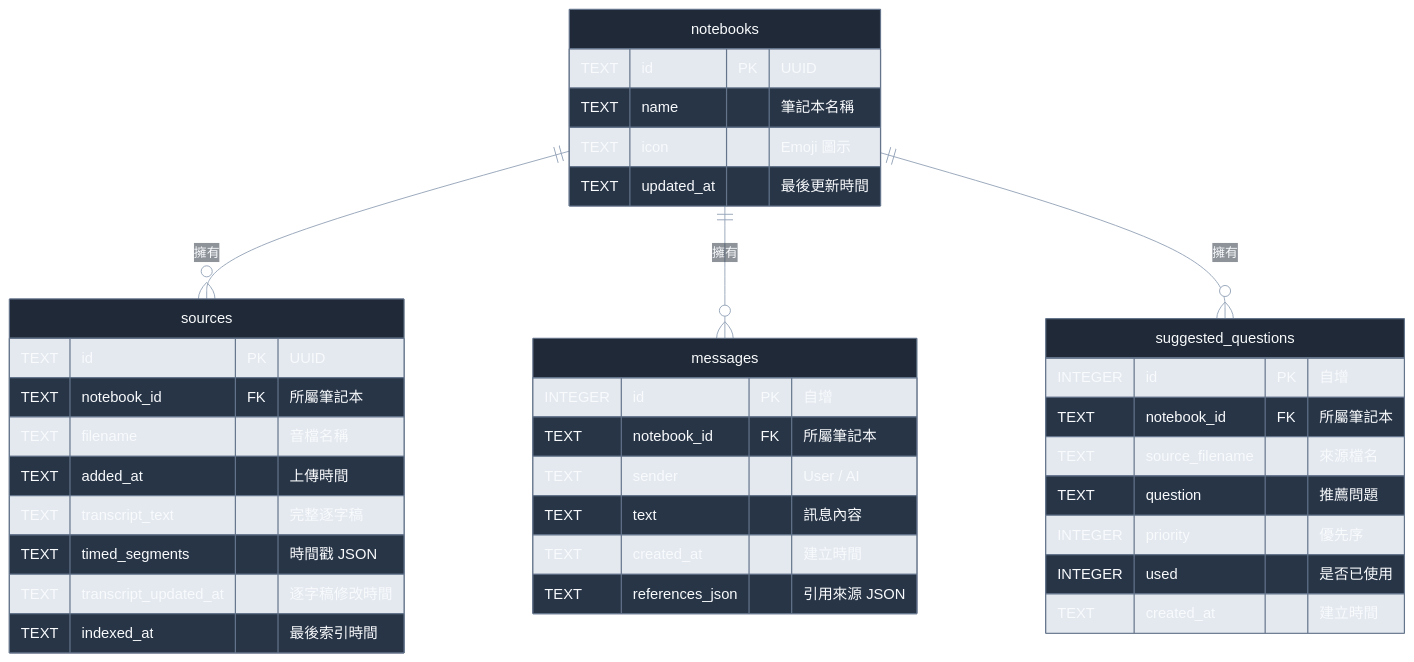
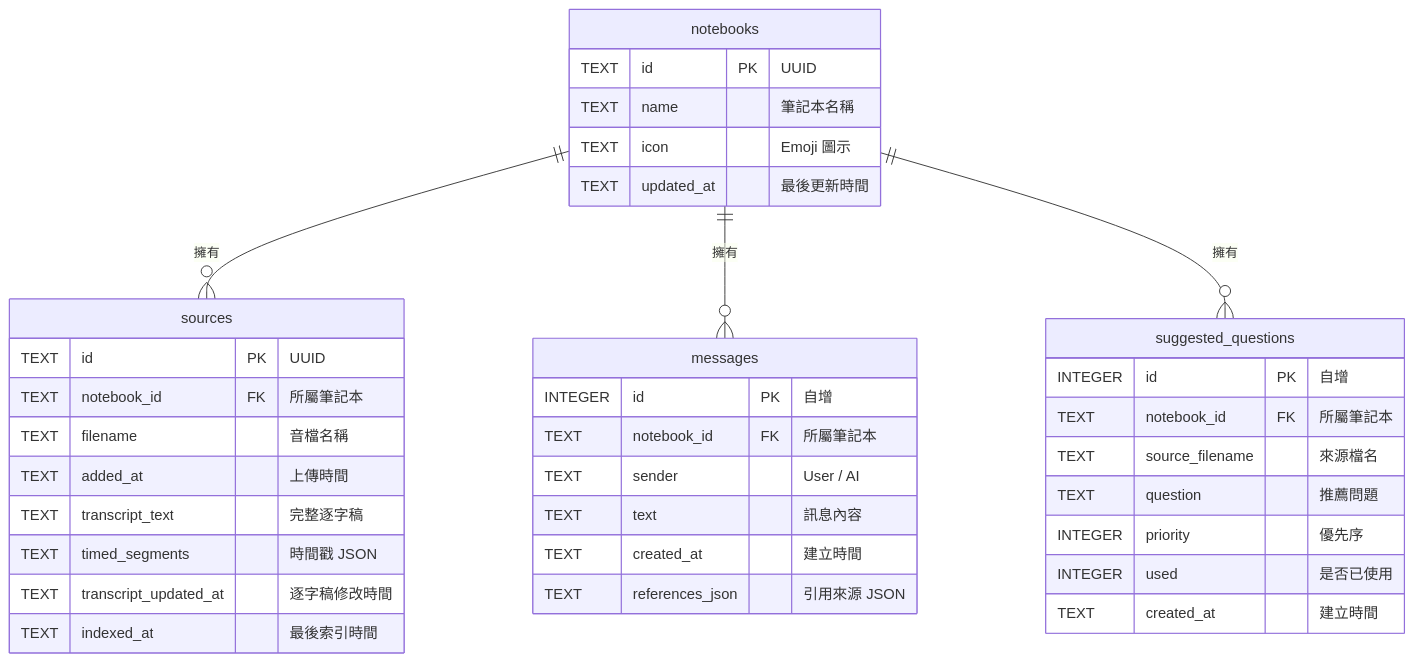
The third of 3 diagrams in README.md (victorhi2005-lang/VoiceRAG), drawn with Mermaid before and after one commit. The commit also changed 5 other files, not shown here.

````diff
--- a/README.md
+++ b/README.md
@@ -263,5 +263,46 @@
 ```mermaid
-%%{init: {"theme": "base", "themeVariables": {"background": "#111827", "primaryColor": "#1f2937", "primaryTextColor": "#f8fafc", "primaryBorderColor": "#64748b", "lineColor": "#94a3b8", "secondaryColor": "#1f2937", "tertiaryColor": "#1f2937", "tertiaryTextColor": "#f8fafc", "textColor": "#f8fafc", "entityBkg": "#1f2937", "entityTextColor": "#f8fafc", "attributeBackgroundColorOdd": "#1f2937", "attributeBackgroundColorEven": "#1f2937", "attributeTextColor": "#f8fafc"}}}%%
+%%{
+  init: {
+    "theme": "base",
+    "themeVariables": {
+      "background": "#000000",
+      "primaryColor": "#000000",
+      "primaryTextColor": "#ffffff",
+      "primaryBorderColor": "#ffffff",
+      "lineColor": "#ffffff",
+      "textColor": "#ffffff",
+      "entityBkg": "#000000",
+      "entityTextColor": "#ffffff",
+      "attributeBackgroundColorOdd": "#000000",
+      "attributeBackgroundColorEven": "#000000",
+      "attributeTextColor": "#ffffff"
+    },
+    "themeCSS": "
+      .er.entityBox {
+        fill: #000000 !important;
+        stroke: #ffffff !important;
+      }
+
+      .er.attributeBoxOdd,
+      .er.attributeBoxEven {
+        fill: #000000 !important;
+        stroke: #ffffff !important;
+      }
+
+      .er.entityLabel,
+      .er.attributeLabel,
+      .er.relationshipLabel {
+        fill: #ffffff !important;
+        color: #ffffff !important;
+      }
+
+      .er.relationshipLine {
+        stroke: #ffffff !important;
+      }
+    "
+  }
+}%%
+
 erDiagram
     notebooks {
         TEXT id PK "UUID"
````
